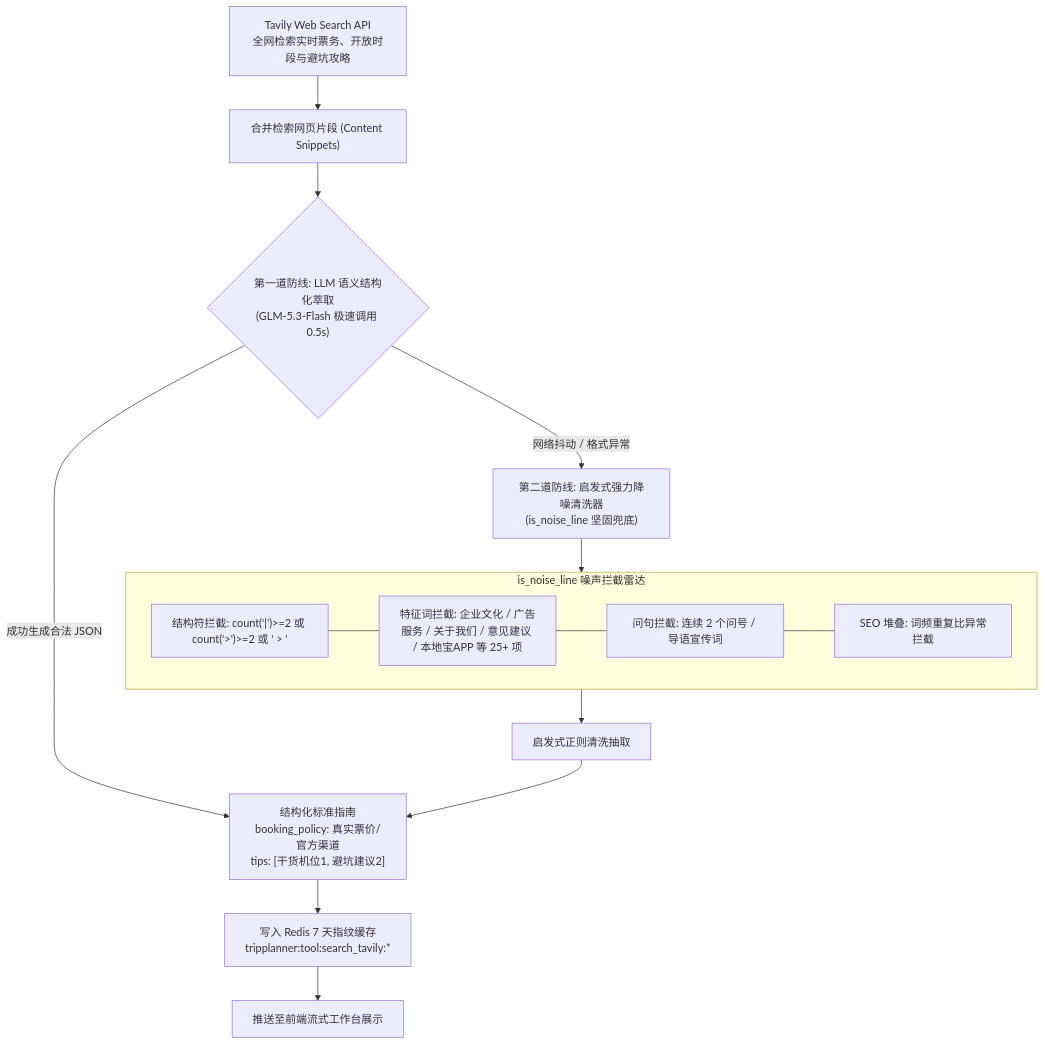
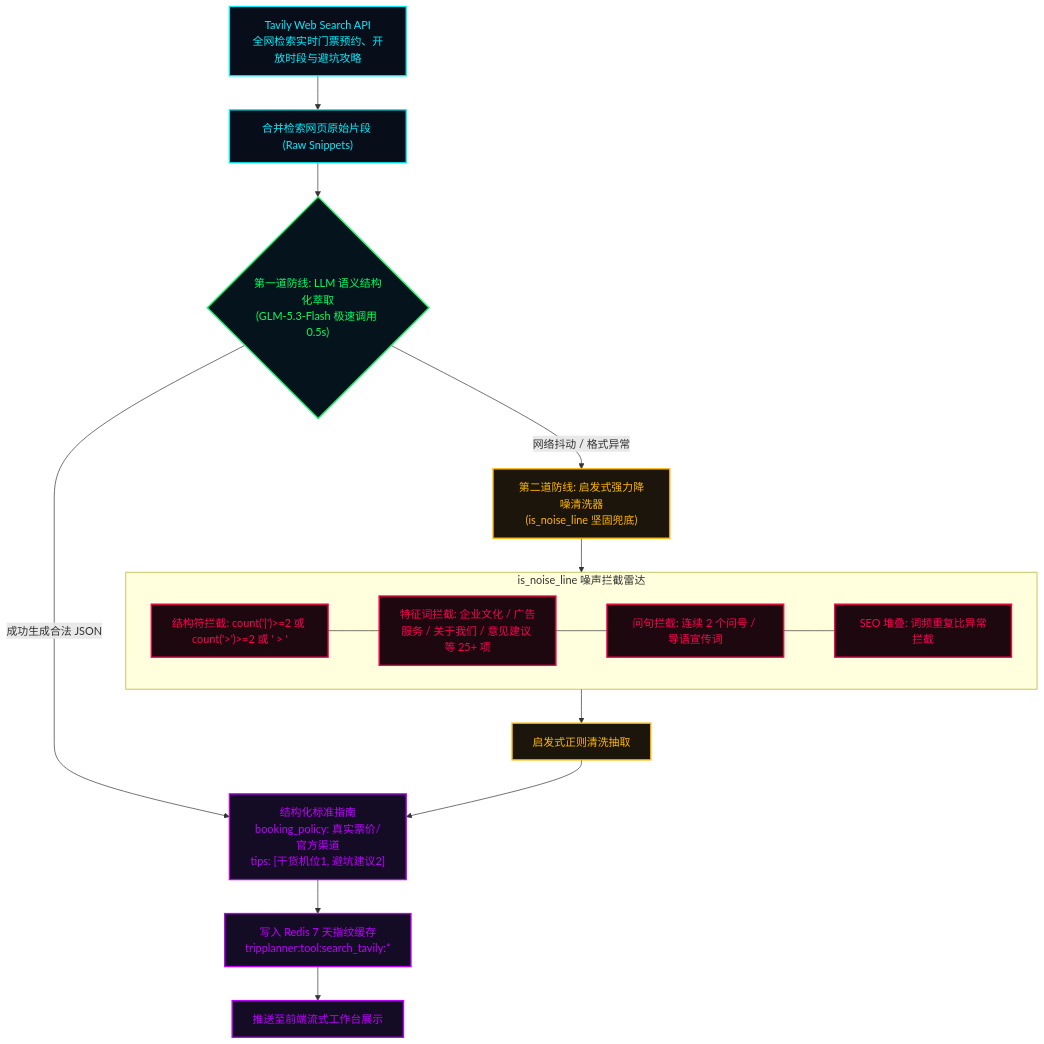
Before and after one commit to SuperGODOG/tripplanner: the fifth of 7 diagrams in ARCHITECTURE.md, drawn with Mermaid. The commit also changed other lines of this file and 1 other file, not shown here.

Commit message:
docs: overhaul ARCHITECTURE.md and README.md with cyberpunk sci-fi holo-matrix and v5.0 sovereign harness specs

````diff
--- a/ARCHITECTURE.md
+++ b/ARCHITECTURE.md
@@ -191,25 +309,31 @@
 ```mermaid
 flowchart TB
-    TAV_IN["Tavily Web Search API<br/>全网检索实时票务、开放时段与避坑攻略"] --> COMBINED["合并检索网页片段 (Content Snippets)"]
+    classDef in fill:#080d1a,stroke:#00F0FF,stroke-width:2px,color:#00F0FF;
+    classDef t1 fill:#05141c,stroke:#00FF66,stroke-width:2px,color:#00FF66;
+    classDef t2 fill:#1c150b,stroke:#FFB800,stroke-width:2px,color:#FFB800;
+    classDef radar fill:#1c080e,stroke:#FF0055,stroke-width:2px,color:#FF0055;
+    classDef safe fill:#140c24,stroke:#BD00FF,stroke-width:2px,color:#BD00FF;
 
-    COMBINED --> LLM_CHECK{"第一道防线: LLM 语义结构化萃取<br/>(GLM-5.3-Flash 极速调用 0.5s)"}
+    TAV_IN["Tavily Web Search API<br/>全网检索实时门票预约、开放时段与避坑攻略"]:::in --> COMBINED["合并检索网页原始片段 (Raw Snippets)"]:::in
+
+    COMBINED --> LLM_CHECK{"第一道防线: LLM 语义结构化萃取<br/>(GLM-5.3-Flash 极速调用 0.5s)"}:::t1
     
-    LLM_CHECK -- 成功生成合法 JSON --> CLEAN_JSON["结构化标准指南<br/>booking_policy: 真实票价/官方渠道<br/>tips: [干货机位1, 避坑建议2]"]
+    LLM_CHECK -- 成功生成合法 JSON --> CLEAN_JSON["结构化标准指南<br/>booking_policy: 真实票价/官方渠道<br/>tips: [干货机位1, 避坑建议2]"]:::safe
     
-    LLM_CHECK -- 网络抖动 / 格式异常 --> HEURISTIC["第二道防线: 启发式强力降噪清洗器<br/>(is_noise_line 坚固兜底)"]
+    LLM_CHECK -- 网络抖动 / 格式异常 --> HEURISTIC["第二道防线: 启发式强力降噪清洗器<br/>(is_noise_line 坚固兜底)"]:::t2
 
     subgraph NoiseFilter["is_noise_line 噪声拦截雷达"]
-        F1["结构符拦截: count('|')>=2 或 count('>')>=2 或 ' > '"]
-        F2["特征词拦截: 企业文化 / 广告服务 / 关于我们 / 意见建议 / 本地宝APP 等 25+ 项"]
-        F3["问句拦截: 连续 2 个问号 / 导语宣传词"]
-        F4["SEO 堆叠: 词频重复比异常拦截"]
+        F1["结构符拦截: count('|')>=2 或 count('>')>=2 或 ' > '"]:::radar
+        F2["特征词拦截: 企业文化 / 广告服务 / 关于我们 / 意见建议 等 25+ 项"]:::radar
+        F3["问句拦截: 连续 2 个问号 / 导语宣传词"]:::radar
+        F4["SEO 堆叠: 词频重复比异常拦截"]:::radar
         F1 --- F2 --- F3 --- F4
     end
 
     HEURISTIC --> NoiseFilter
-    NoiseFilter --> RULE_EXTRACT["启发式正则清洗抽取"]
+    NoiseFilter --> RULE_EXTRACT["启发式正则清洗抽取"]:::t2
     RULE_EXTRACT --> CLEAN_JSON
 
-    CLEAN_JSON --> REDIS_SAVE["写入 Redis 7 天指纹缓存<br/>tripplanner:tool:search_tavily:*"]
-    REDIS_SAVE --> STREAM_PUSH["推送至前端流式工作台展示"]
+    CLEAN_JSON --> REDIS_SAVE["写入 Redis 7 天指纹缓存<br/>tripplanner:tool:search_tavily:*"]:::safe
+    REDIS_SAVE --> STREAM_PUSH["推送至前端流式工作台展示"]:::safe
 ```
````
